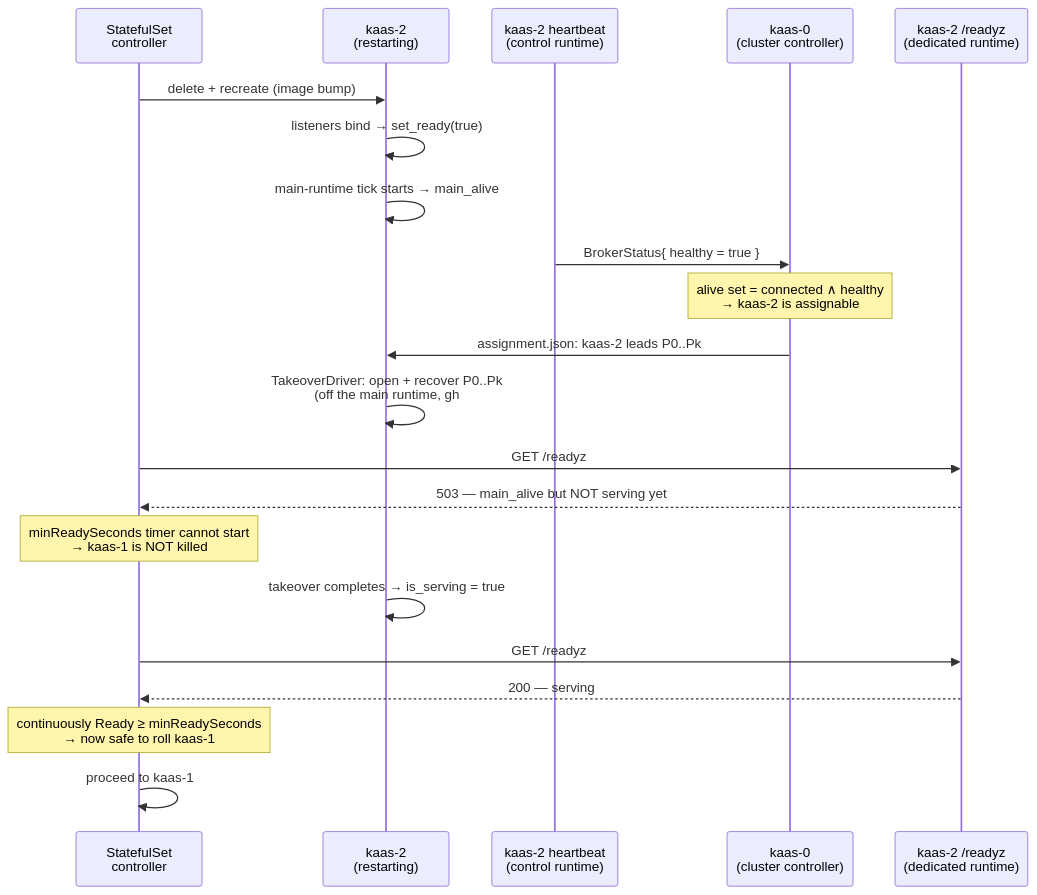
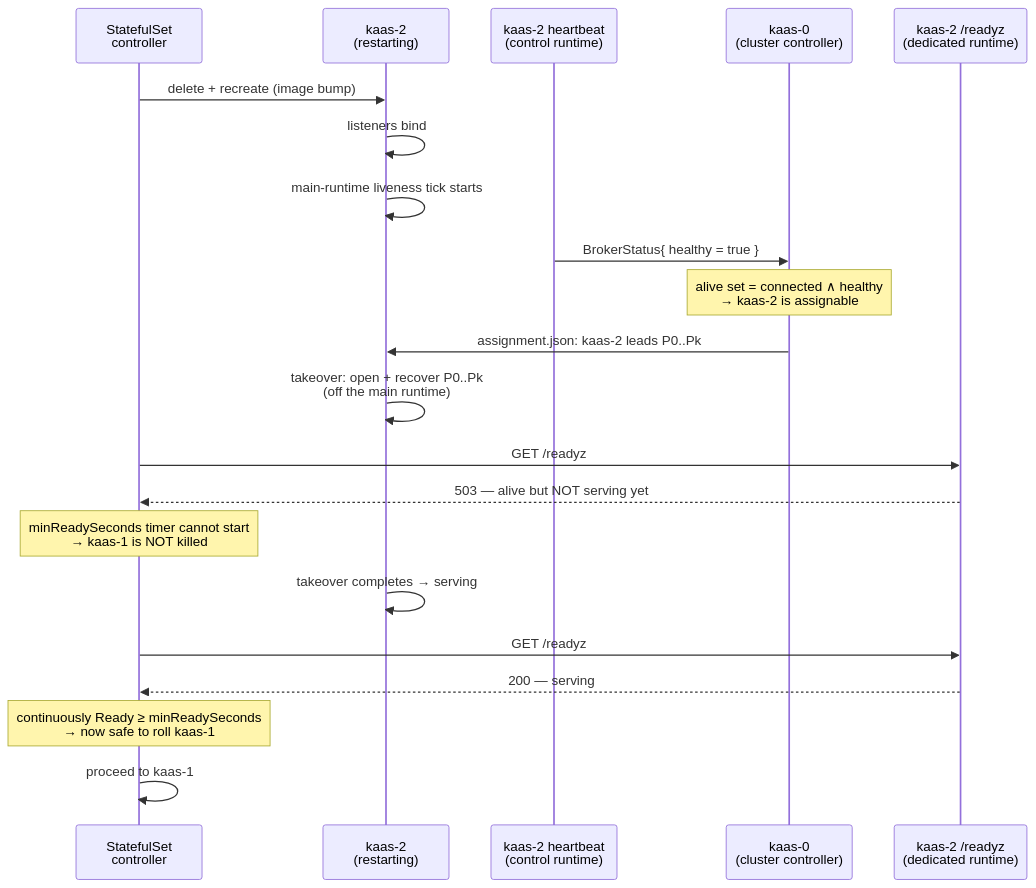
Before and after one commit to Woestebanaan/kaas: the second of 2 diagrams in docs/src/architecture/readiness-rollout.md, drawn with Mermaid. The commit also changed other lines of this file and 35 other files, not shown here.

````diff
--- a/docs/src/architecture/readiness-rollout.md
+++ b/docs/src/architecture/readiness-rollout.md
@@ -73,24 +84,24 @@
 ```mermaid
 sequenceDiagram
     participant SS as StatefulSet<br/>controller
     participant N as kaas-2<br/>(restarting)
     participant HB as kaas-2 heartbeat<br/>(control runtime)
     participant CTL as kaas-0<br/>(cluster controller)
     participant HZ as kaas-2 /readyz<br/>(dedicated runtime)
 
     SS->>N: delete + recreate (image bump)
-    N->>N: listeners bind → set_ready(true)
-    N->>N: main-runtime tick starts → main_alive
+    N->>N: listeners bind
+    N->>N: main-runtime liveness tick starts
     HB->>CTL: BrokerStatus{ healthy = true }
     Note over CTL: alive set = connected ∧ healthy<br/>→ kaas-2 is assignable
     CTL->>N: assignment.json: kaas-2 leads P0..Pk
-    N->>N: TakeoverDriver: open + recover P0..Pk<br/>(off the main runtime, gh #210)
+    N->>N: takeover: open + recover P0..Pk<br/>(off the main runtime)
     SS->>HZ: GET /readyz
-    HZ-->>SS: 503 — main_alive but NOT serving yet
+    HZ-->>SS: 503 — alive but NOT serving yet
     Note over SS: minReadySeconds timer cannot start<br/>→ kaas-1 is NOT killed
-    N->>N: takeover completes → is_serving = true
+    N->>N: takeover completes → serving
     SS->>HZ: GET /readyz
     HZ-->>SS: 200 — serving
     Note over SS: continuously Ready ≥ minReadySeconds<br/>→ now safe to roll kaas-1
     SS->>SS: proceed to kaas-1
 ```
````
